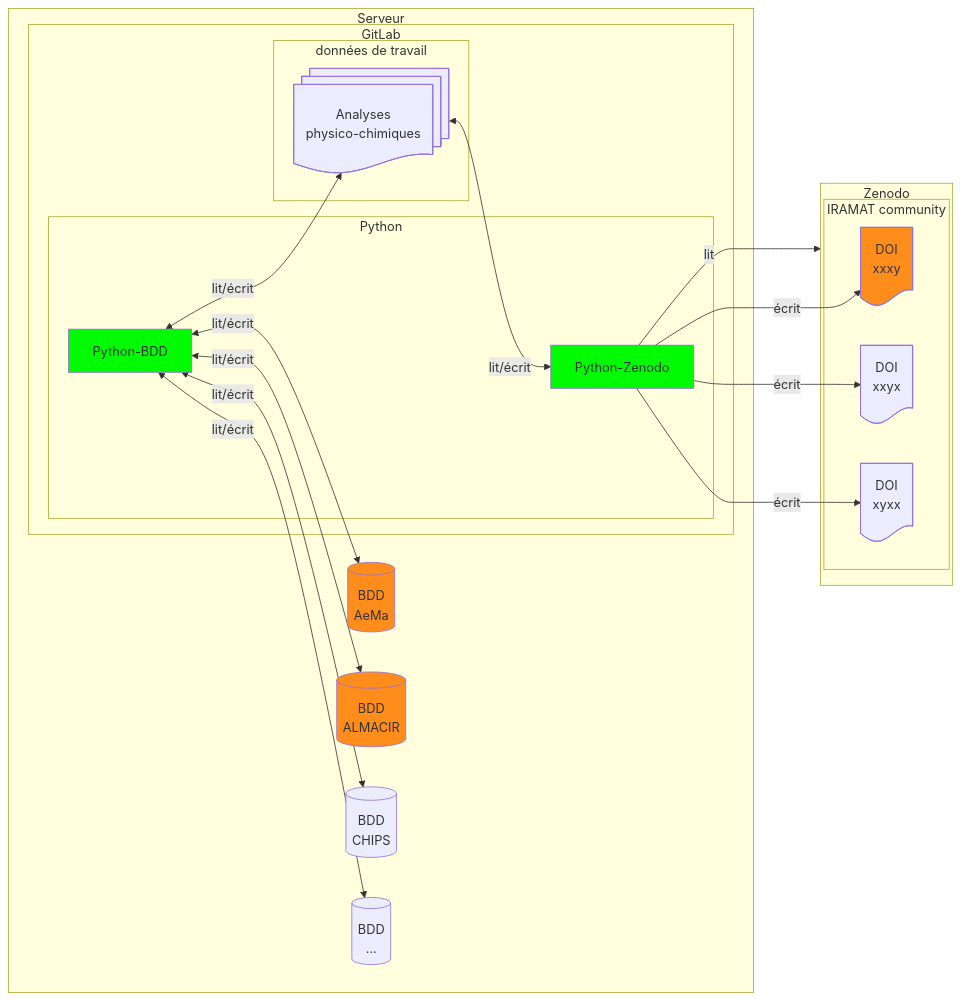
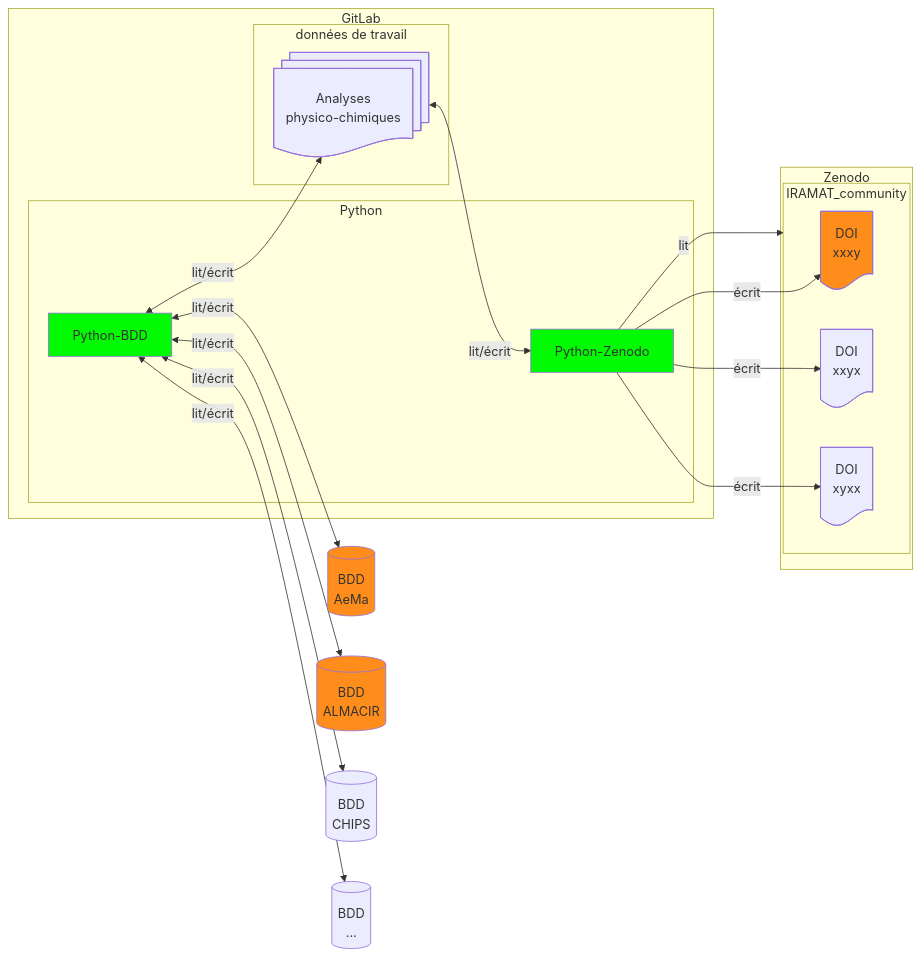
One commit to iramat/iramat-dev changed the diagram in dbs/README.md. Above: the diagram before and after it, drawn with Mermaid.

````diff
--- a/dbs/README.md
+++ b/dbs/README.md
@@ -3,36 +3,34 @@
 ```mermaid
 flowchart LR
-subgraph Serveur
     subgraph GitLab
         subgraph données de travail
             A@{ shape: docs, label: "Analyses<br>physico-chimiques" }
         end
         subgraph Python
             Z@{ procs: docs, label: "Python-BDD" }
             ZZ@{ procs: docs, label: "Python-Zenodo" }
         end
     end
     Z <-- lit/écrit --> A;
     Z <-- lit/écrit --> B[(BDD<br>AeMa)];
     Z <-- lit/écrit --> H[(BDD<br>ALMACIR)];
     Z <-- lit/écrit --> C[(BDD<br>CHIPS)];
     Z <-- lit/écrit --> D[(BDD<br>...)];
     A <-- lit/écrit --> ZZ;
-end
-subgraph Zenodo
-    subgraph IRAMAT community
-        ZZ -- écrit --> E@{ shape: doc, label: "DOI<br>xxxy" }
-        ZZ -- écrit --> F@{ shape: doc, label: "DOI<br>xxyx" }
-        ZZ -- écrit --> G@{ shape: doc, label: "DOI<br>xyxx" }
+    subgraph Zenodo
+        subgraph IRAMAT_community
+            ZZ -- écrit --> E@{ shape: doc, label: "DOI<br>xxxy" }
+            ZZ -- écrit --> F@{ shape: doc, label: "DOI<br>xxyx" }
+            ZZ -- écrit --> G@{ shape: doc, label: "DOI<br>xyxx" }
+        end
     end
-end
-ZZ -- lit --> Zenodo
+    ZZ -- lit --> IRAMAT_community
 
 
 click A "https://github.com/zoometh/iramat-test/blob/main/dbs/analysis_results.tsv" _blank
 style Z fill:#02fa02
 style ZZ fill:#02fa02
 style B fill:#FF8D1B
 style H fill:#FF8D1B
 style E fill:#FF8D1B
 ```
````
